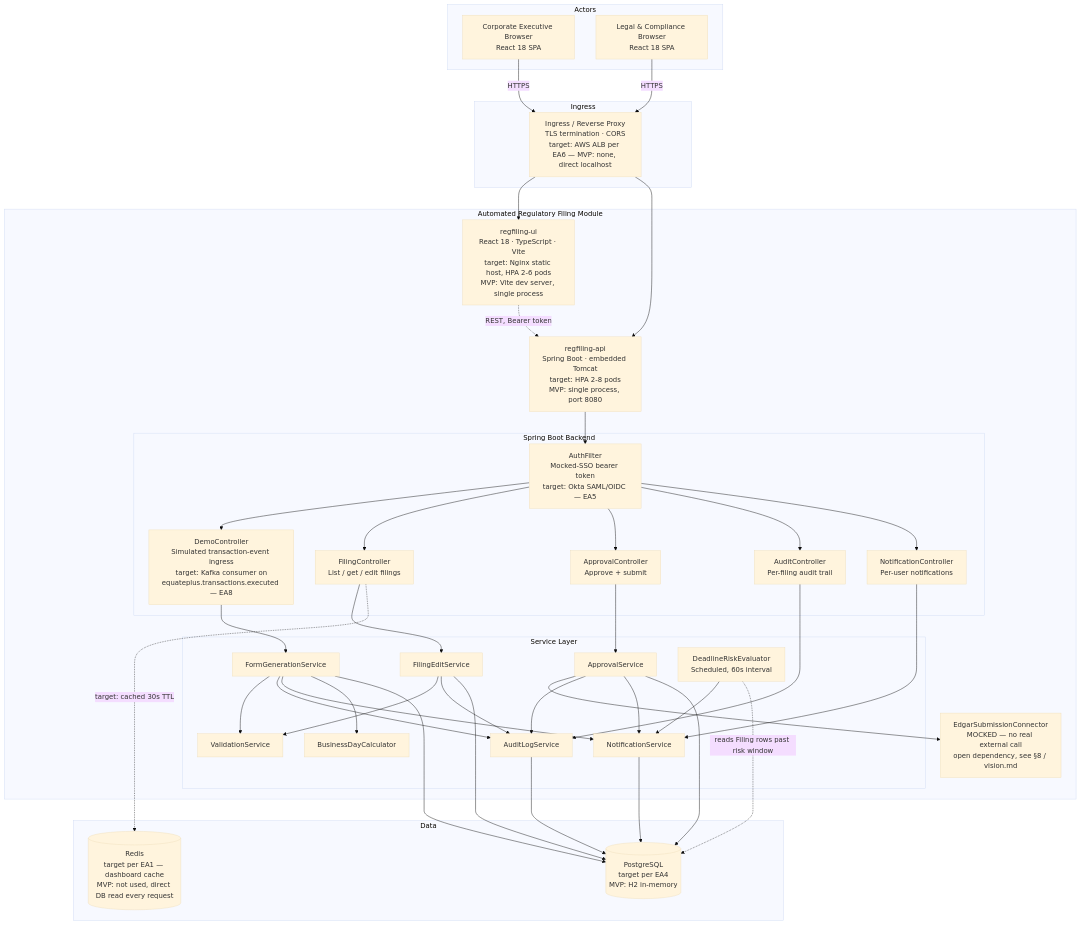
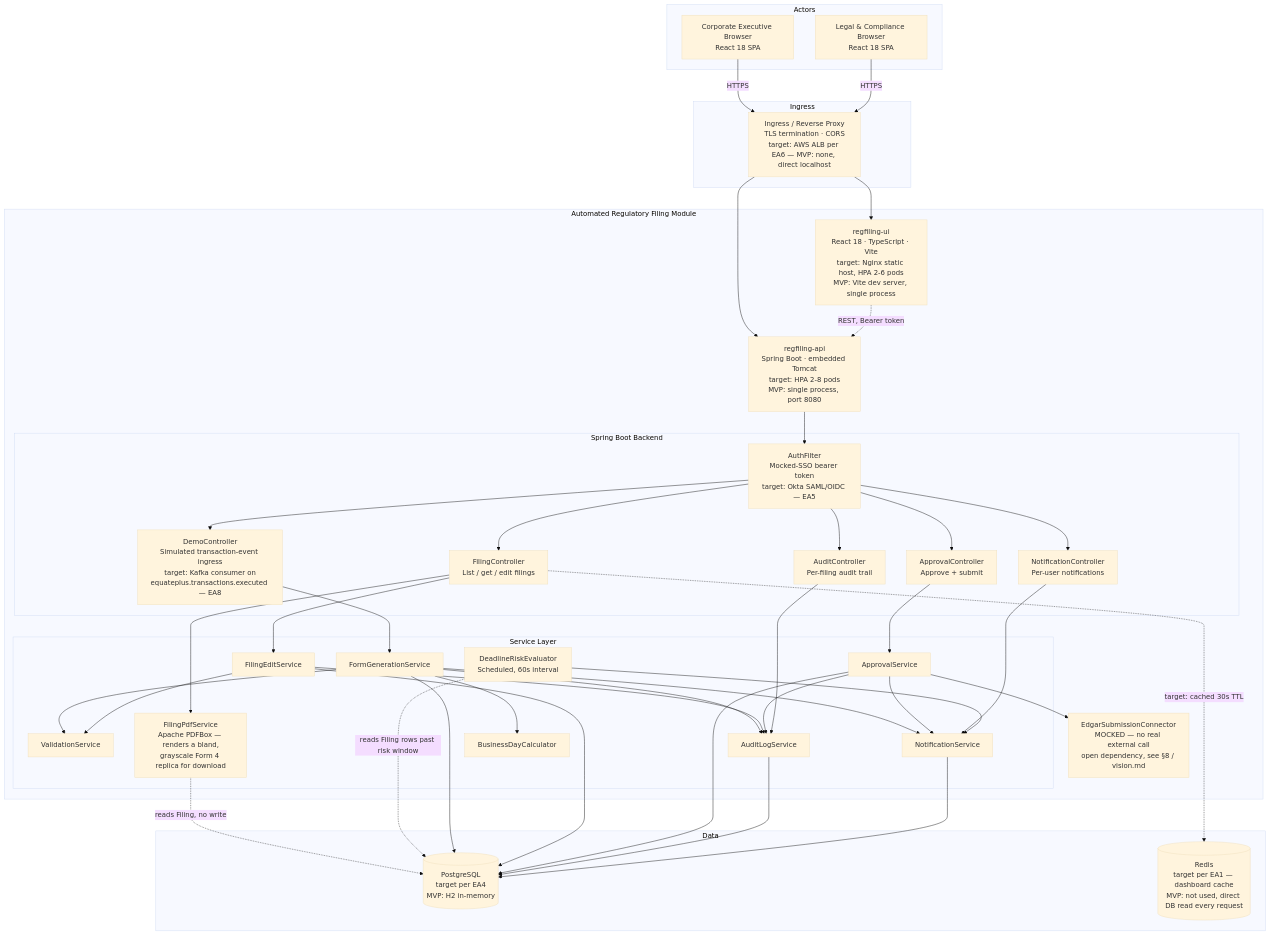
One commit to GGM-Agentic-COE/computer-share-agentic-demo changed the first of 9 diagrams in docs/sdlc/phase-4-design/hld.md. Above: the diagram before and after it, drawn with Mermaid (base theme). The commit also changed other lines of this file and 32 other files, not shown here.

```diff
--- a/docs/sdlc/phase-4-design/hld.md
+++ b/docs/sdlc/phase-4-design/hld.md
@@ -43,6 +45,7 @@
             VS[ValidationService]
             FES[FilingEditService]
             APS[ApprovalService]
+            PDFS[FilingPdfService\nApache PDFBox — renders a bland,\ngrayscale Form 4 replica for download]
             ALS[AuditLogService]
             NS[NotificationService]
             DRE[DeadlineRiskEvaluator\nScheduled, 60s interval]
@@ -78,6 +81,8 @@
     FGS --> NS
     FGS --> BDC
     FILINGC --> FES
+    FILINGC --> PDFS
+    PDFS -.->|reads Filing, no write| PG
     FES --> VS
     FES --> ALS
     APPROVALC --> APS
```
